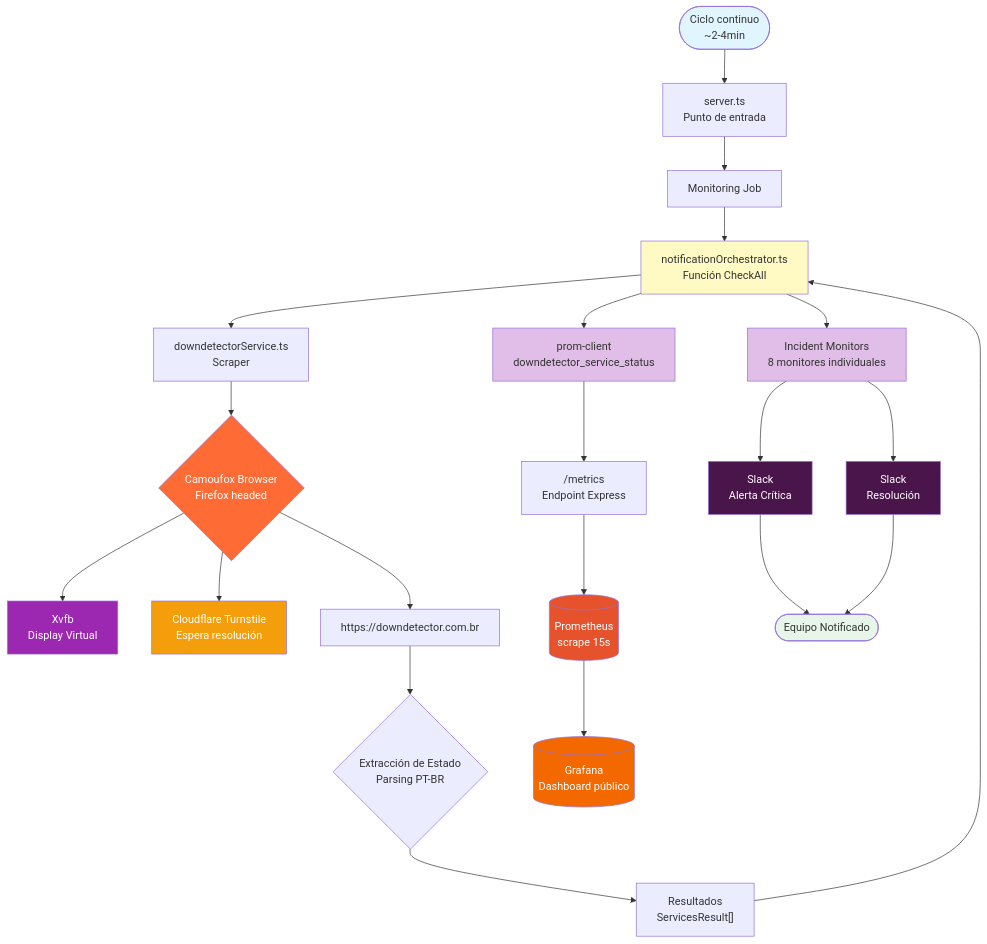
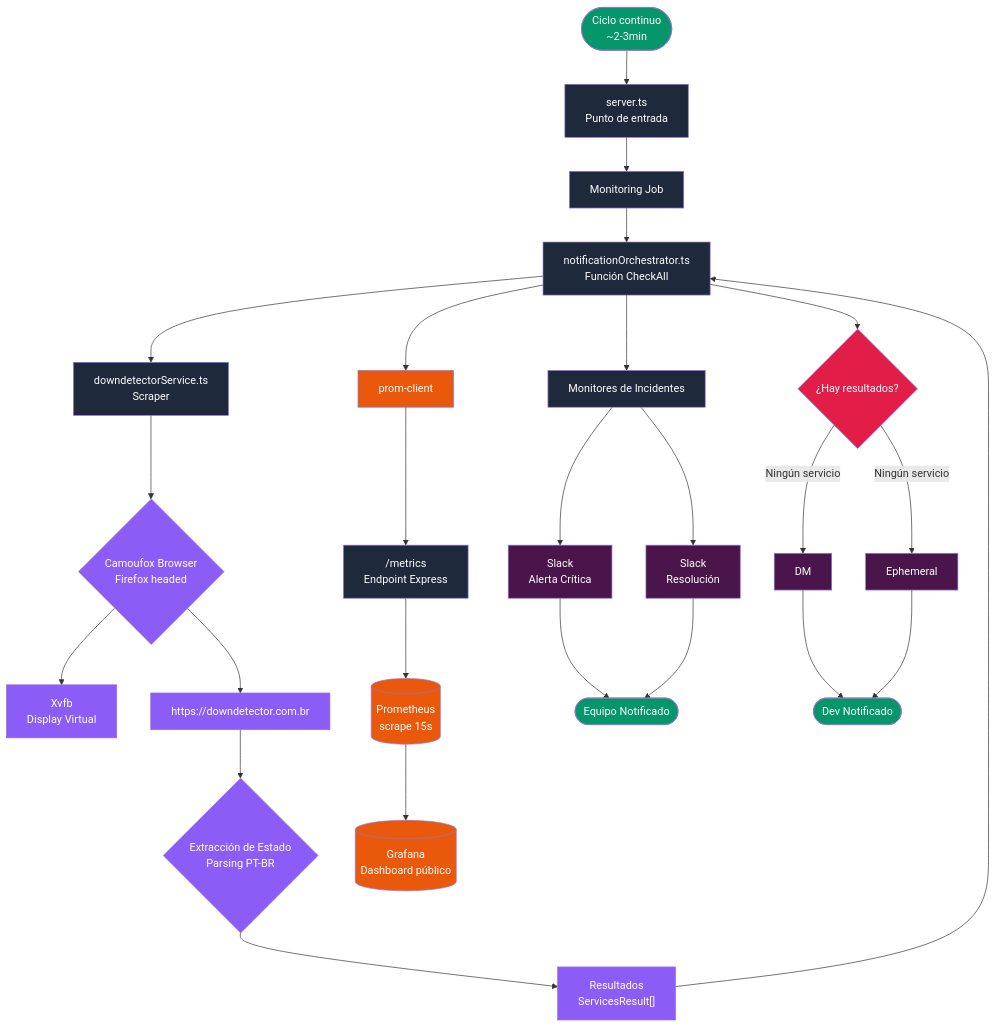
Before and after one commit to eduardotashiro/downdetector-slack: the third of 4 diagrams in README.md, drawn with Mermaid. The commit also changed other lines of this file, not shown here.

````diff
--- a/README.md
+++ b/README.md
@@ -1042,43 +1093,69 @@
 ```mermaid
 graph TB
-    Start([Ciclo continuo<br/>~2-4min]) --> Server[server.ts<br/>Punto de entrada]
+    Start([Ciclo continuo<br/>~2-3min]) --> Server[server.ts<br/>Punto de entrada]
     Server --> Job[Monitoring Job]
     Job --> Orchestrator[notificationOrchestrator.ts<br/>Función CheckAll]
 
     Orchestrator --> Scraper[downdetectorService.ts<br/>Scraper]
 
     Scraper --> Browser{Camoufox Browser<br/>Firefox headed}
     Browser --> Xvfb[Xvfb<br/>Display Virtual]
-    Browser --> Turnstile[Cloudflare Turnstile<br/>Espera resolución]
     Browser --> DD[https://downdetector.com.br]
 
     DD --> Data{Extracción de Estado<br/>Parsing PT-BR}
     Data --> Results["Resultados<br/>ServicesResult[]"]
     Results --> Orchestrator
 
-    Orchestrator --> Incident[Incident Monitors<br/>8 monitores individuales]
-    Orchestrator --> Metrics[prom-client<br/>downdetector_service_status]
+    Orchestrator --> Incident[Monitores de Incidentes<br/>]
+    Orchestrator --> ErrorMon{¿Hay resultados?}
+    Orchestrator --> Metrics[prom-client]
 
     Incident --> Slack1[Slack<br/>Alerta Crítica]
     Incident --> Slack2[Slack<br/>Resolución]
+
+    ErrorMon -- "Ningún servicio" --> DM[DM]
+    ErrorMon -- "Ningún servicio" --> Ephemeral[Ephemeral]
 
     Metrics --> Endpoint["/metrics<br/>Endpoint Express"]
     Endpoint --> Prom[(Prometheus<br/>scrape 15s)]
     Prom --> Grafana[(Grafana<br/>Dashboard público)]
 
     Slack1 --> End([Equipo Notificado])
     Slack2 --> End
+    DM --> Dev([Dev Notificado])
+    Ephemeral --> Dev
 
-    style Start fill:#e1f5fe
-    style Orchestrator fill:#fff9c4
-    style Browser fill:#FF6B35,color:#fff
-    style Xvfb fill:#9C27B0,color:#fff
-    style Turnstile fill:#f59e0b,color:#fff
-    style Incident fill:#e1bee7
-    style Metrics fill:#e1bee7
-    style Prom fill:#E6522C,color:#fff
-    style Grafana fill:#F46800,color:#fff
+    %% Estilos - Inicio y Fin (Verde)
+    style Start fill:#059669,color:#fff
+    style End fill:#059669,color:#fff
+    style Dev fill:#059669,color:#fff
+
+    %% Estilos - Core/Backend (Azul Oscuro/Slate)
+    style Server fill:#1e293b,color:#fff
+    style Job fill:#1e293b,color:#fff
+    style Orchestrator fill:#1e293b,color:#fff
+    style Scraper fill:#1e293b,color:#fff
+    style Incident fill:#1e293b,color:#fff
+    style Endpoint fill:#1e293b,color:#fff
+
+    %% Estilos - Scraping y Browser (Morado)
+    style Browser fill:#8b5cf6,color:#fff
+    style Xvfb fill:#8b5cf6,color:#fff
+    style DD fill:#8b5cf6,color:#fff
+    style Data fill:#8b5cf6,color:#fff
+    style Results fill:#8b5cf6,color:#fff
+
+    %% Estilos - Condición de Error (Rojo)
+    style ErrorMon fill:#e11d48,color:#fff
+
+    %% Estilos - Observabilidad (Naranja)
+    style Metrics fill:#ea580c,color:#fff
+    style Prom fill:#ea580c,color:#fff
+    style Grafana fill:#ea580c,color:#fff
+
+    %% Estilos - Slack (Berenjena - Mantenido)
     style Slack1 fill:#4A154B,color:#fff
     style Slack2 fill:#4A154B,color:#fff
-    style End fill:#e8f5e9
+    style DM fill:#4A154B,color:#fff
+    style Ephemeral fill:#4A154B,color:#fff
 ```
````
